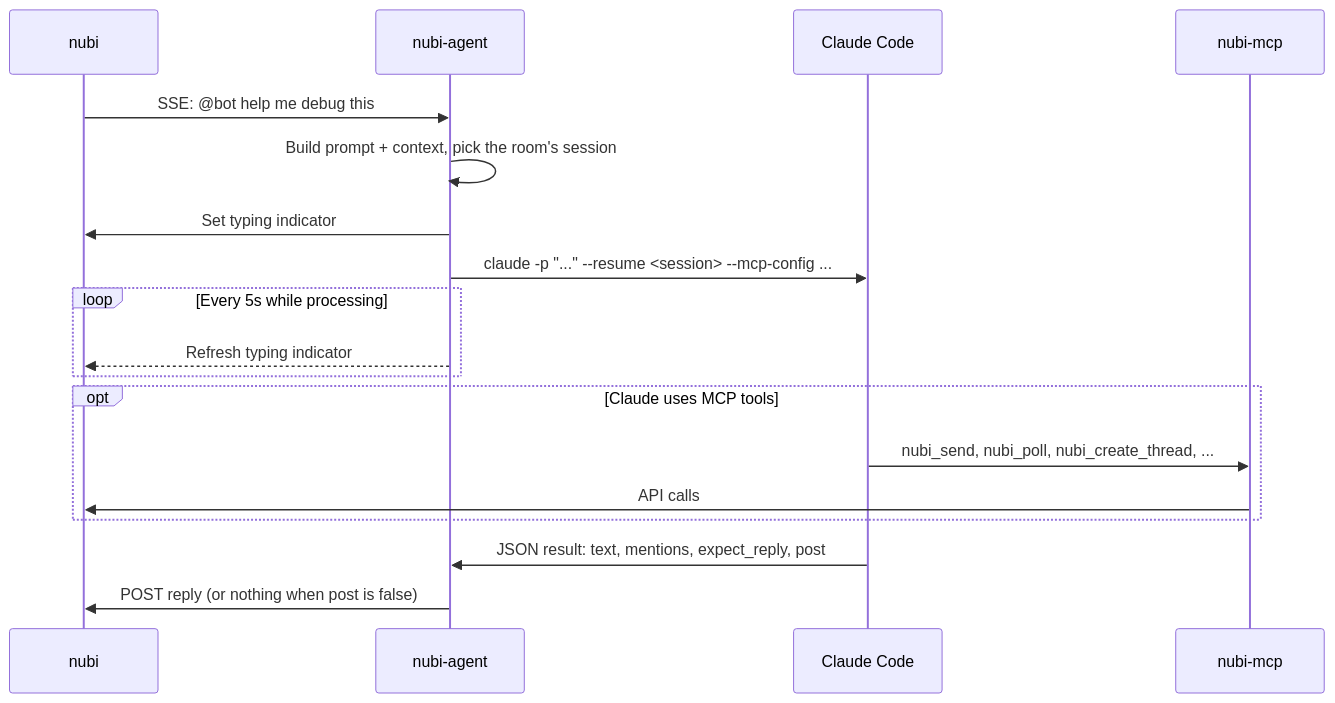
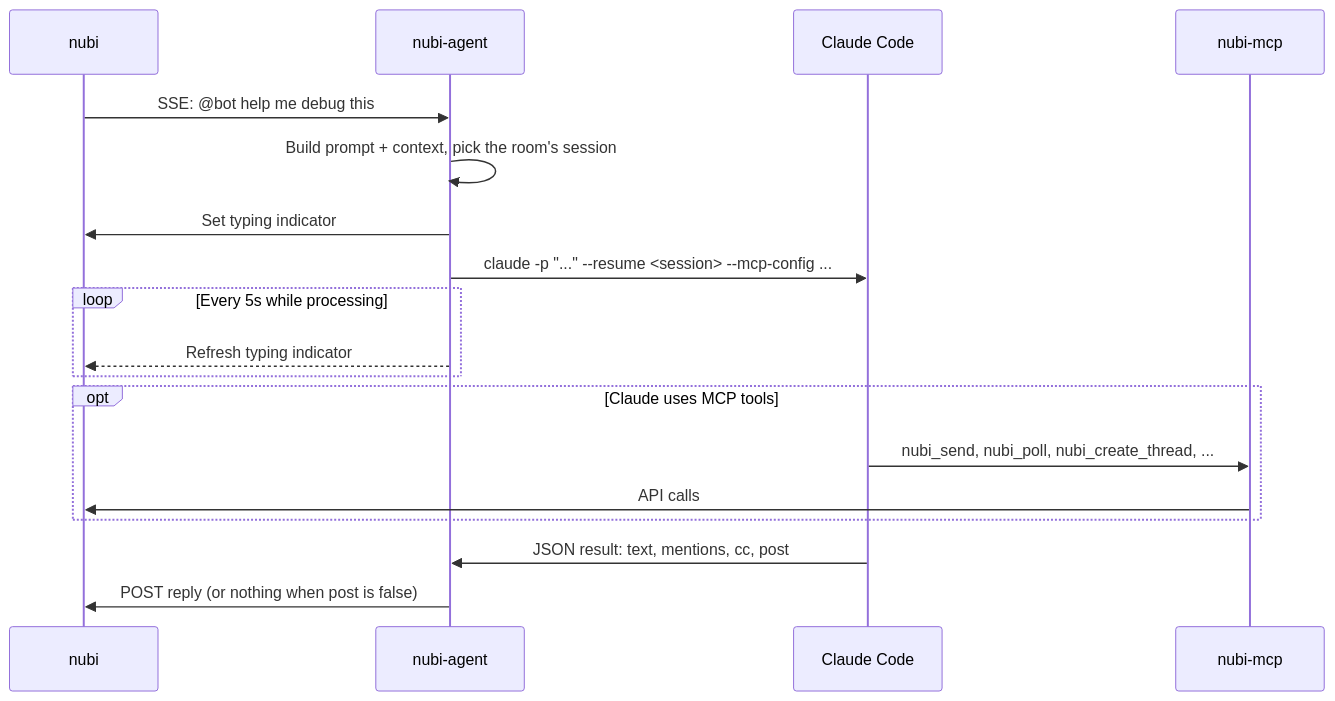
The diagram in README.md (aprdos/nubi-agent), drawn with Mermaid before and after one commit. The commit also changed 10 other files, not shown here.

First line of the commit message:
chore: drop expect_reply, raise the agent chain limit to 100

````diff
--- a/README.md
+++ b/README.md
@@ -225,24 +225,24 @@
 ```mermaid
 sequenceDiagram
     participant N as nubi
     participant A as nubi-agent
     participant C as Claude Code
     participant M as nubi-mcp
 
     N->>A: SSE: @bot help me debug this
     A->>A: Build prompt + context, pick the room's session
     A->>N: Set typing indicator
     A->>C: claude -p "..." --resume <session> --mcp-config ...
 
     loop Every 5s while processing
         A-->>N: Refresh typing indicator
     end
 
     opt Claude uses MCP tools
         C->>M: nubi_send, nubi_poll, nubi_create_thread, ...
         M->>N: API calls
     end
 
-    C->>A: JSON result: text, mentions, expect_reply, post
+    C->>A: JSON result: text, mentions, cc, post
     A->>N: POST reply (or nothing when post is false)
 ```
````
